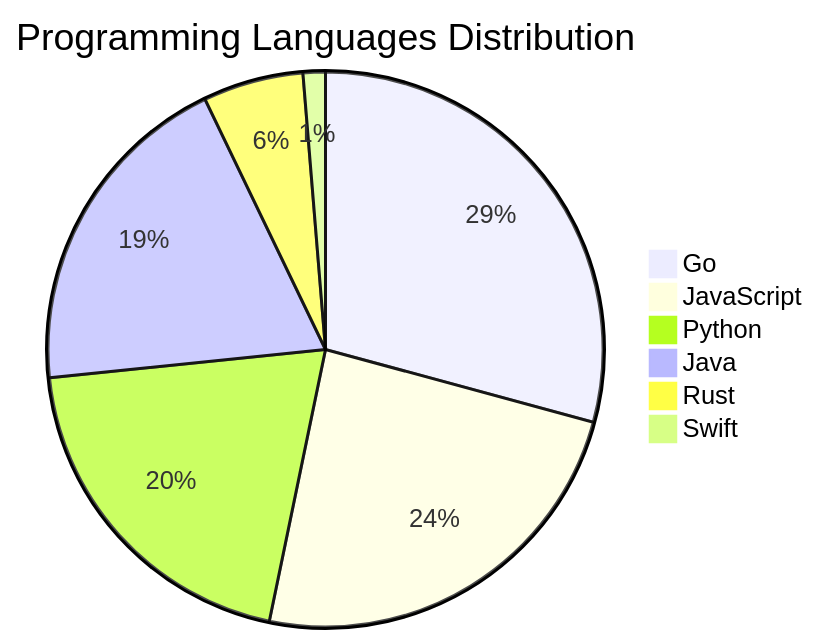
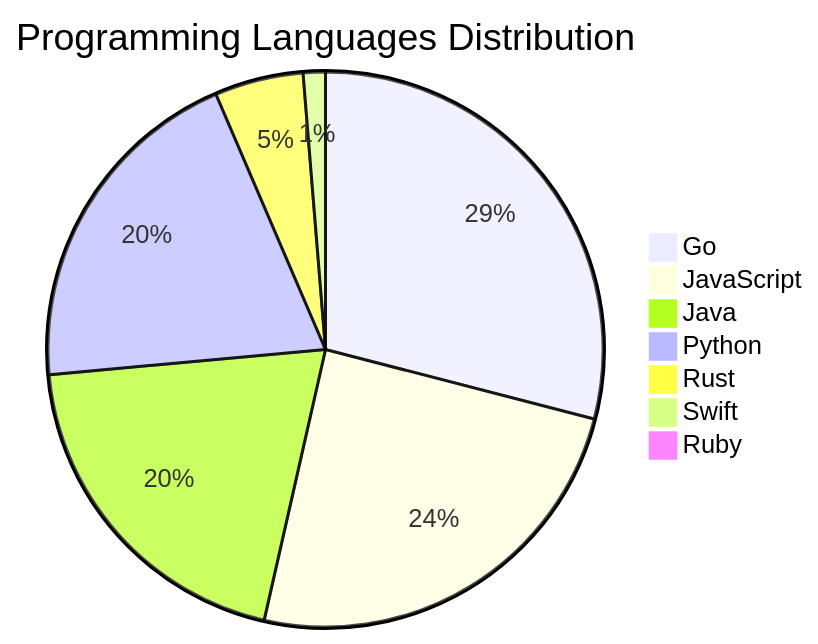
Before and after one commit to Derrick-MUGISHA/github-activity-bot: the diagram in README.md, drawn with Mermaid. The commit also changed other lines of this file and 4 other files, not shown here.

````diff
--- a/README.md
+++ b/README.md
@@ -206,9 +207,10 @@
 ```mermaid
 pie title Programming Languages Distribution
     "Go" : 45
-    "JavaScript" : 37
+    "JavaScript" : 38
+    "Java" : 31
     "Python" : 31
-    "Java" : 30
-    "Rust" : 9
+    "Rust" : 8
     "Swift" : 2
+    "Ruby" : 1
 ```
````
